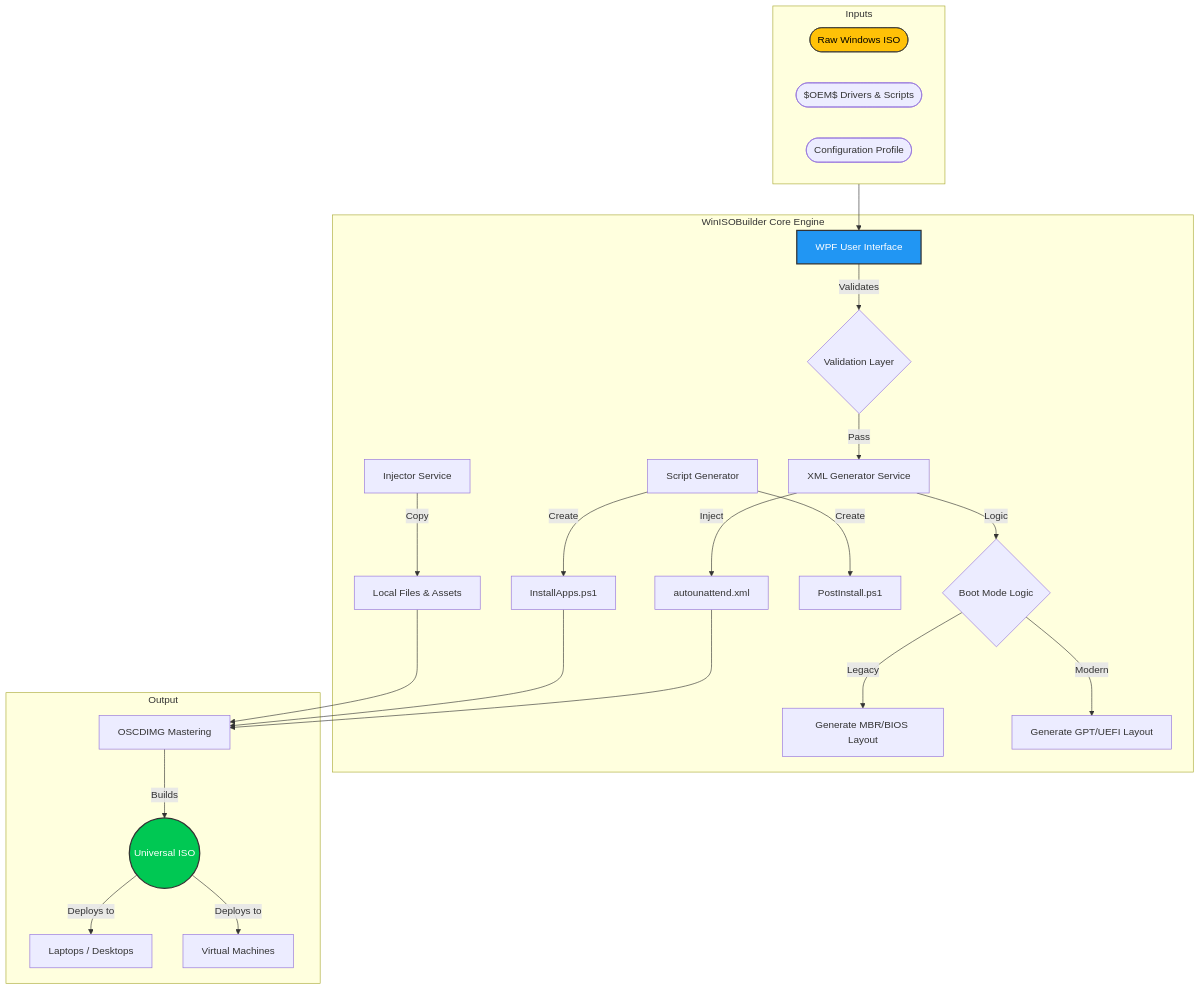
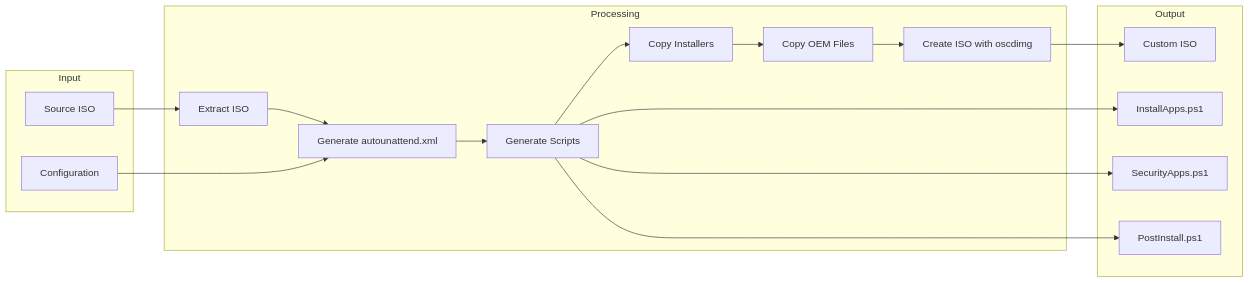
One commit to mohdsabuhammad/WinISOBuilder changed the second of 6 diagrams in README.md. Above: the diagram before and after it, drawn with Mermaid. The commit also changed other lines of this file, not shown here.

````diff
--- a/README.md
+++ b/README.md
@@ -25,39 +85,29 @@
 ```mermaid
-graph TD
-    subgraph Inputs
-        RAW([Raw Windows ISO])
-        DRV([$OEM$ Drivers & Scripts])
-        CFG([Configuration Profile])
+flowchart LR
+    subgraph Input
+        A[Source ISO]
+        B[Configuration]
     end
-
-    subgraph "WinISOBuilder Core Engine"
-        UI[WPF User Interface] -->|Validates| VAL{Validation Layer}
-        VAL -->|Pass| GEN[XML Generator Service]
-        
-        GEN -->|Logic| BOOT{Boot Mode Logic}
-        BOOT -->|Legacy| MBR[Generate MBR/BIOS Layout]
-        BOOT -->|Modern| GPT[Generate GPT/UEFI Layout]
-        
-        GEN -->|Inject| XML[autounattend.xml]
-        
-        SCR[Script Generator] -->|Create| PS1[InstallApps.ps1]
-        SCR -->|Create| PS2[PostInstall.ps1]
-        
-        INJ[Injector Service] -->|Copy| FL[Local Files & Assets]
+    
+    subgraph Processing
+        C[Extract ISO] --> D[Generate autounattend.xml]
+        D --> E[Generate Scripts]
+        E --> F[Copy Installers]
+        F --> G[Copy OEM Files]
+        G --> H[Create ISO with oscdimg]
     end
-
+    
     subgraph Output
-        MST[OSCDIMG Mastering] -->|Builds| ISO((Universal ISO))
-        ISO -->|Deploys to| LAP[Laptops / Desktops]
-        ISO -->|Deploys to| VM[Virtual Machines]
+        I[Custom ISO]
+        J[InstallApps.ps1]
+        K[SecurityApps.ps1]
+        L[PostInstall.ps1]
     end
-
-    Inputs --> UI
-    XML --> MST
-    PS1 --> MST
-    FL --> MST
     
-    style ISO fill:#00C853,stroke:#333,stroke-width:2px,color:white
-    style UI fill:#2196F3,stroke:#333,stroke-width:2px,color:white
-    style RAW fill:#FFC107,stroke:#333,color:black
+    A --> C
+    B --> D
+    H --> I
+    E --> J
+    E --> K
+    E --> L
 ```
````
